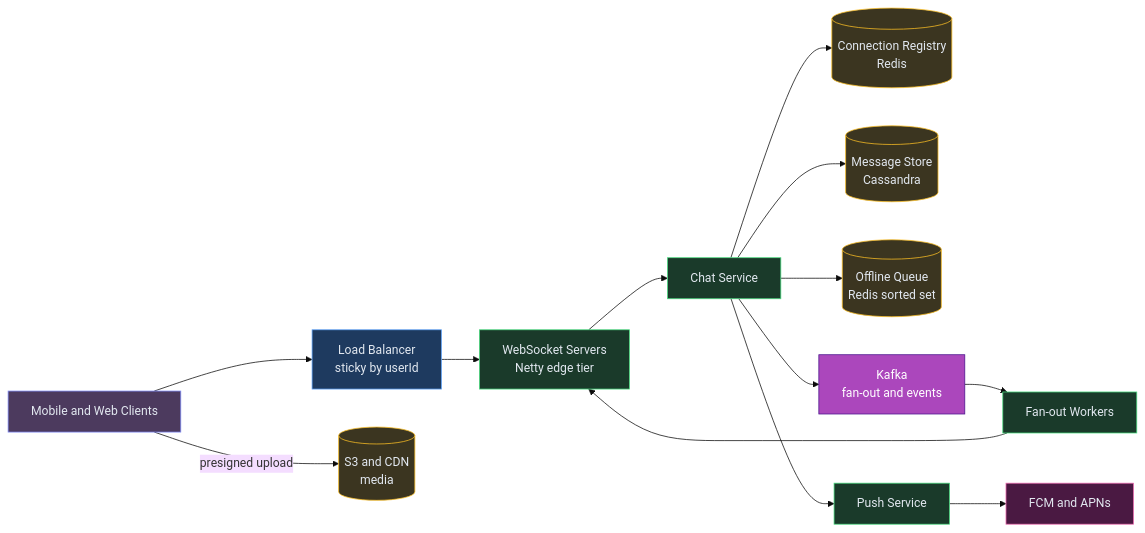
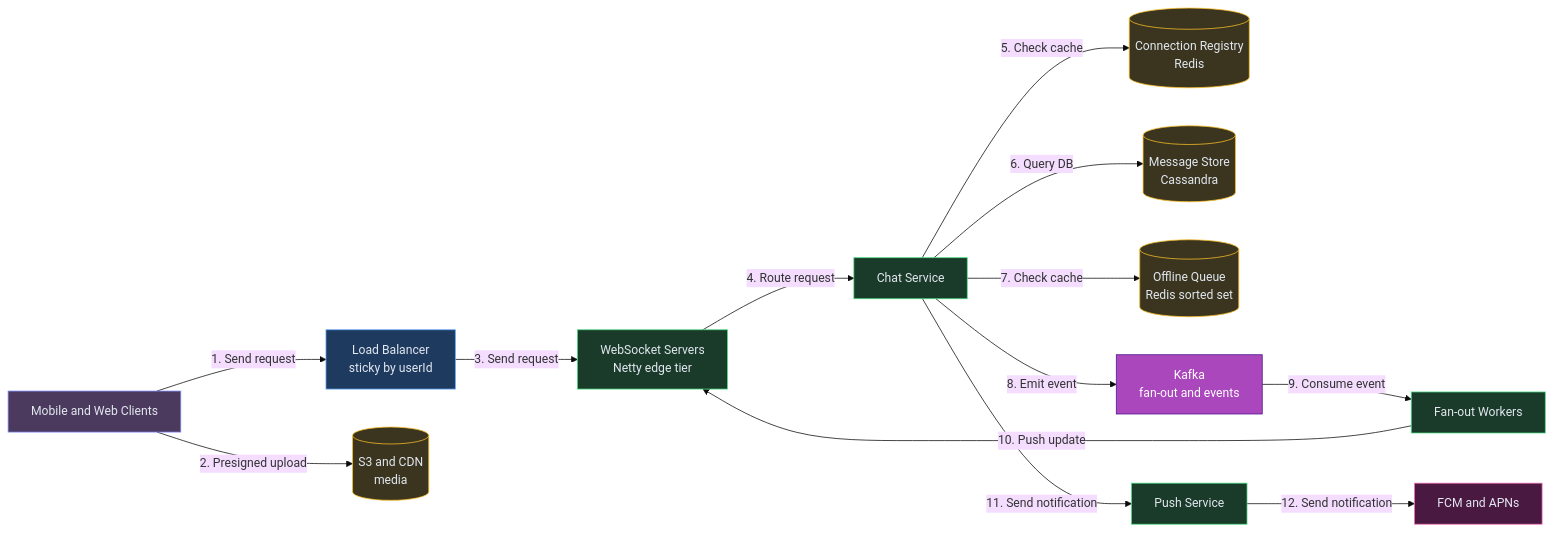
Before and after one commit to iluzn/HLD-Designs: the sixth of 6 diagrams in content/hld/ChatSystem.md, drawn with Mermaid (base theme). The commit also changed other lines of this file and 27 other files, not shown here.

````diff
--- a/content/hld/ChatSystem.md
+++ b/content/hld/ChatSystem.md
@@ -498,35 +498,35 @@
 ```mermaid
 flowchart LR
     CLIENTS["Mobile and Web Clients"]:::client
     LB["Load Balancer<br/>sticky by userId"]:::edge
     WS["WebSocket Servers<br/>Netty edge tier"]:::service
     CHAT["Chat Service"]:::service
     REG[("Connection Registry<br/>Redis")]:::data
     STORE[("Message Store<br/>Cassandra")]:::data
     OFFLINE[("Offline Queue<br/>Redis sorted set")]:::data
     K["Kafka<br/>fan-out and events"]:::async
     FAN["Fan-out Workers"]:::service
     PUSH["Push Service"]:::service
     MEDIA[("S3 and CDN<br/>media")]:::data
     FCM["FCM and APNs"]:::external
 
-    CLIENTS --> LB
-    CLIENTS -->|"presigned upload"| MEDIA
-    LB --> WS
-    WS --> CHAT
-    CHAT --> REG
-    CHAT --> STORE
-    CHAT --> OFFLINE
-    CHAT --> K
-    K --> FAN
-    FAN --> WS
-    CHAT --> PUSH
-    PUSH --> FCM
+    CLIENTS -->|"1. Send request"| LB
+    CLIENTS -->|"2. Presigned upload"| MEDIA
+    LB -->|"3. Send request"| WS
+    WS -->|"4. Route request"| CHAT
+    CHAT -->|"5. Check cache"| REG
+    CHAT -->|"6. Query DB"| STORE
+    CHAT -->|"7. Check cache"| OFFLINE
+    CHAT -->|"8. Emit event"| K
+    K -->|"9. Consume event"| FAN
+    FAN -->|"10. Push update"| WS
+    CHAT -->|"11. Send notification"| PUSH
+    PUSH -->|"12. Send notification"| FCM
 
     classDef client fill:#4c3a5e,stroke:#818cf8,color:#e2e8f0
     classDef edge fill:#1e3a5f,stroke:#60a5fa,color:#e2e8f0
     classDef service fill:#1a3a2a,stroke:#4ade80,color:#e2e8f0
     classDef async fill:#AB47BC,stroke:#4A148C,color:#fff
     classDef data fill:#3b3520,stroke:#fbbf24,color:#e2e8f0
     classDef external fill:#4a1942,stroke:#f472b6,color:#e2e8f0
 ```
````
